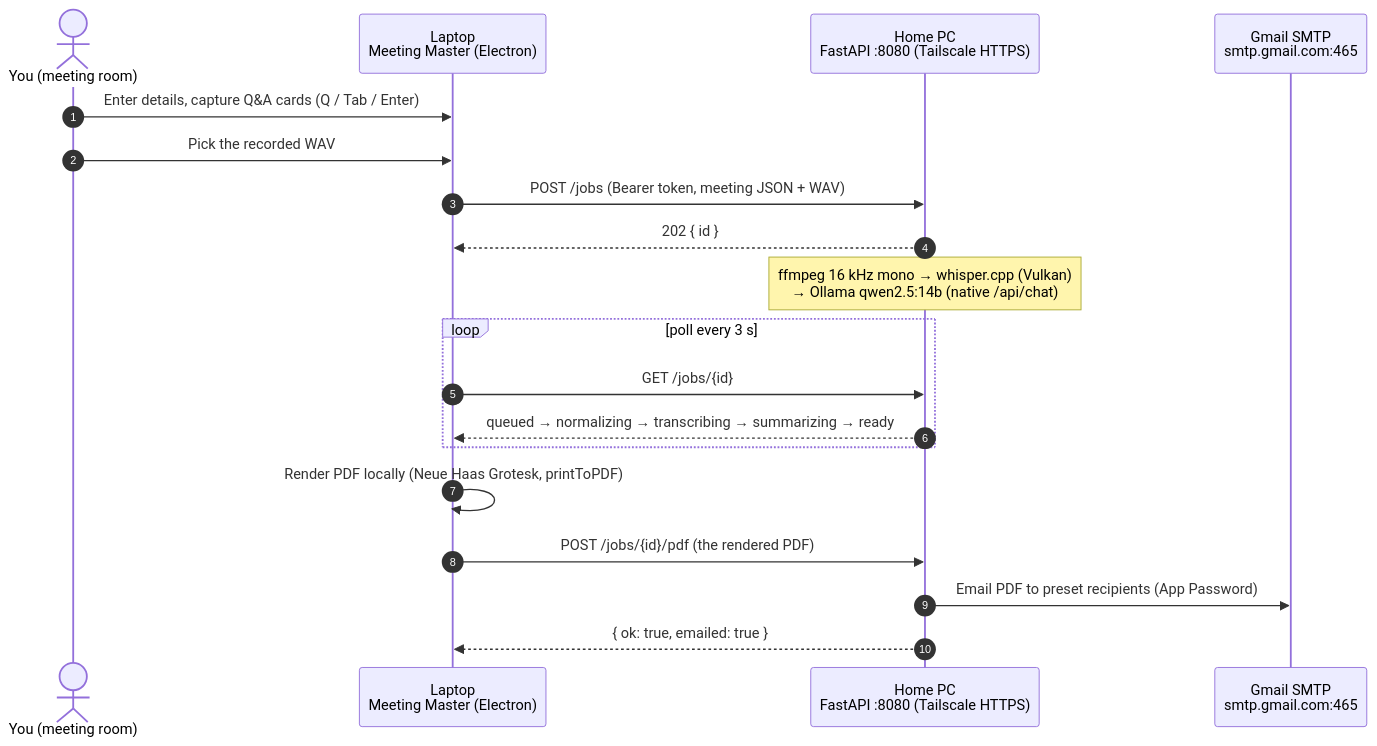
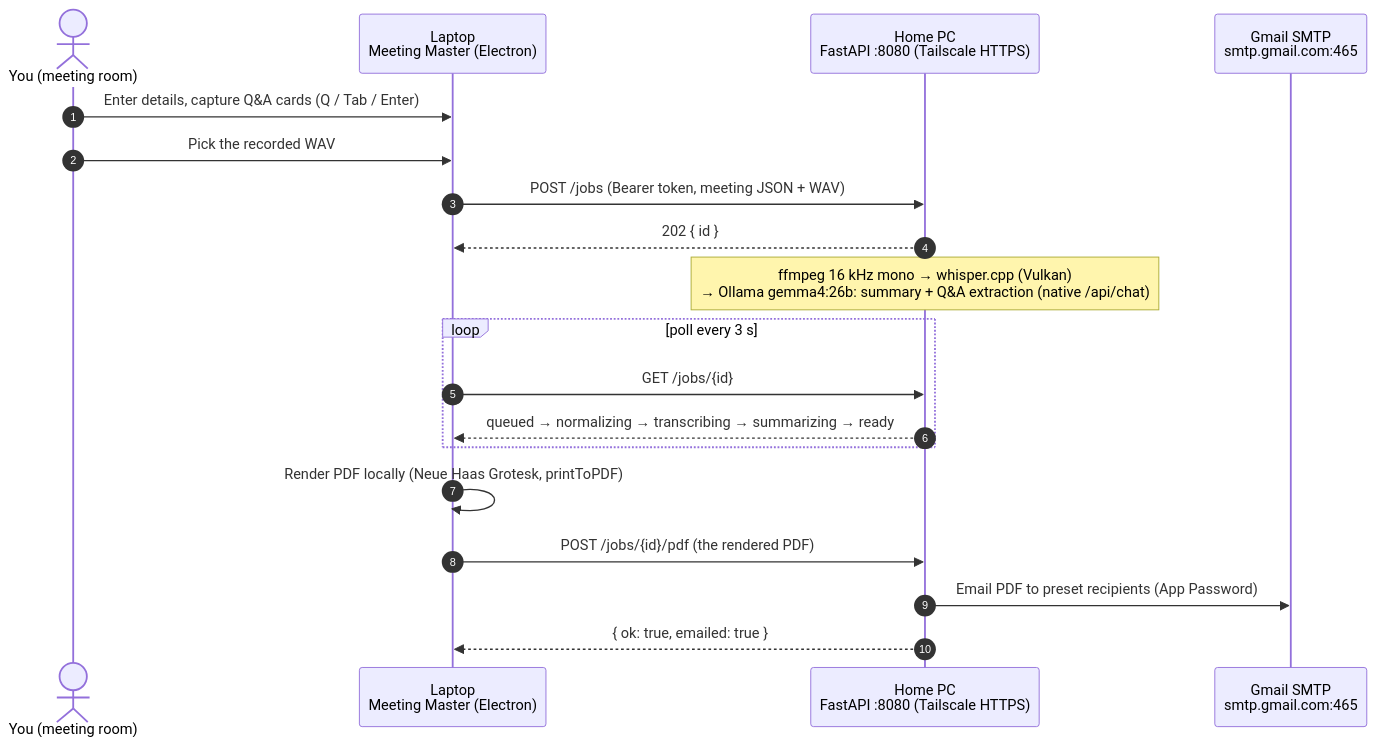
Before and after one commit to kaiharimoto/Meeting-Master: the diagram in README.md, drawn with Mermaid. The commit also changed other lines of this file and 22 other files, not shown here.

````diff
--- a/README.md
+++ b/README.md
@@ -17,22 +19,22 @@
 ```mermaid
 sequenceDiagram
     autonumber
     actor U as You (meeting room)
     participant L as Laptop<br/>Meeting Master (Electron)
     participant H as Home PC<br/>FastAPI :8080 (Tailscale HTTPS)
     participant G as Gmail SMTP<br/>smtp.gmail.com:465
 
     U->>L: Enter details, capture Q&A cards (Q / Tab / Enter)
     U->>L: Pick the recorded WAV
     L->>H: POST /jobs (Bearer token, meeting JSON + WAV)
     H-->>L: 202 { id }
-    Note over H: ffmpeg 16 kHz mono → whisper.cpp (Vulkan)<br/>→ Ollama qwen2.5:14b (native /api/chat)
+    Note over H: ffmpeg 16 kHz mono → whisper.cpp (Vulkan)<br/>→ Ollama gemma4:26b: summary + Q&A extraction (native /api/chat)
     loop poll every 3 s
         L->>H: GET /jobs/{id}
         H-->>L: queued → normalizing → transcribing → summarizing → ready
     end
     L->>L: Render PDF locally (Neue Haas Grotesk, printToPDF)
     L->>H: POST /jobs/{id}/pdf (the rendered PDF)
     H->>G: Email PDF to preset recipients (App Password)
     H-->>L: { ok: true, emailed: true }
 ```
````
